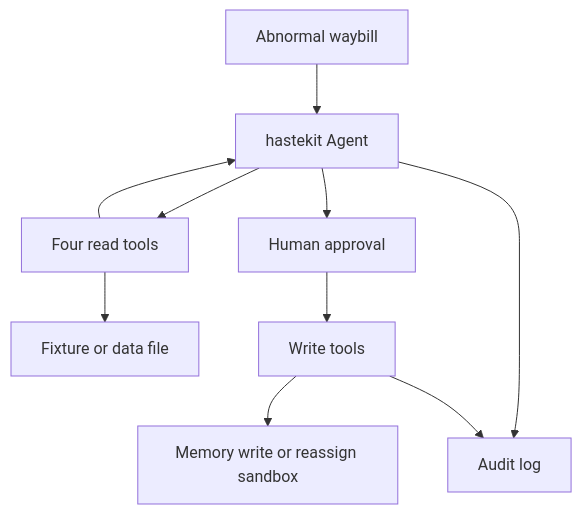
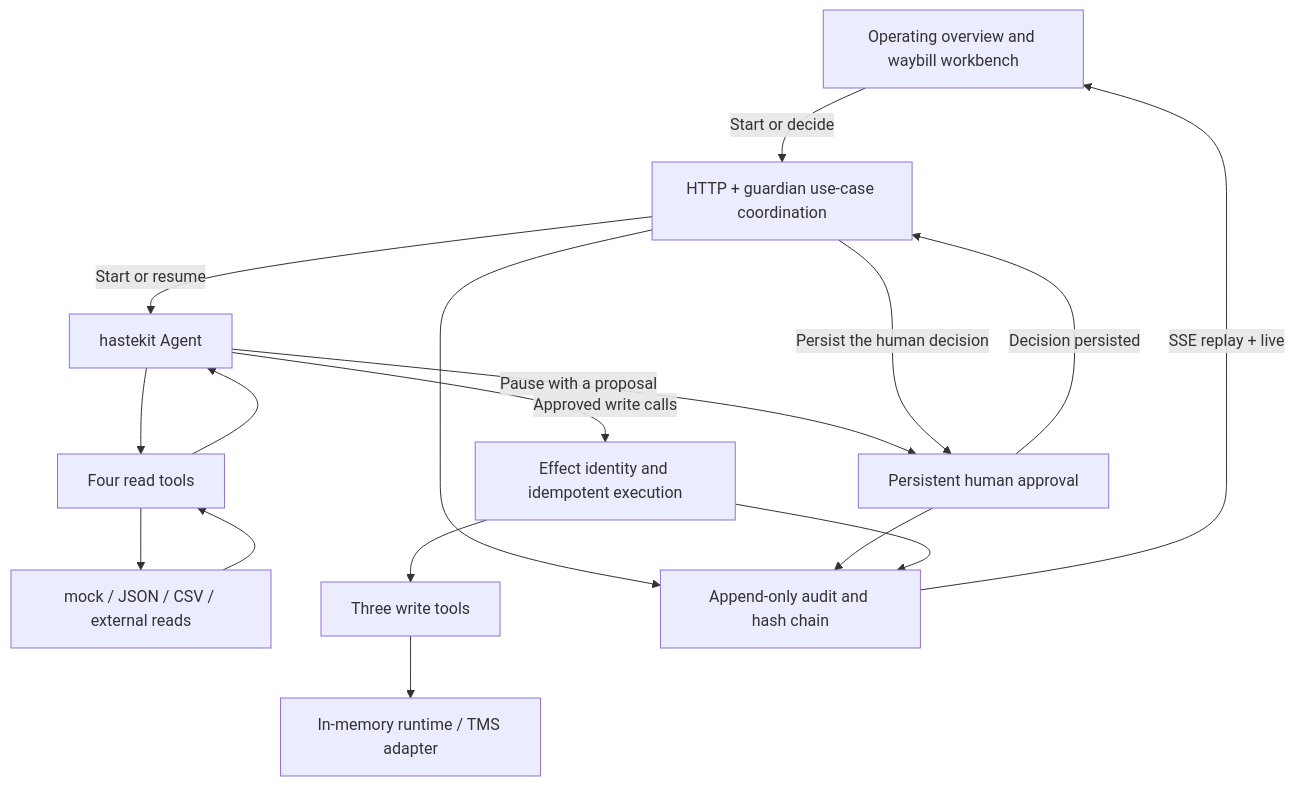
Before and after one commit to Duang777/waybill-guardian: the first of 2 diagrams in README.en.md, drawn with Mermaid. The commit also changed other lines of this file and 3 other files, not shown here.

````diff
--- a/README.en.md
+++ b/README.en.md
@@ -55,21 +64,30 @@
 ```mermaid
 flowchart TD
-  incident["Abnormal waybill"]
+  browser["Operating overview and waybill workbench"]
+  guardian["HTTP + guardian use-case coordination"]
   agent["hastekit Agent"]
   readtools["Four read tools"]
-  datasource["Fixture or data file"]
-  approval["Human approval"]
-  writetools["Write tools"]
-  platformbox["Memory write or reassign sandbox"]
-  auditlog["Audit log"]
+  sources["mock / JSON / CSV / external reads"]
+  approval["Persistent human approval"]
+  effects["Effect identity and idempotent execution"]
+  writetools["Three write tools"]
+  platform["In-memory runtime / TMS adapter"]
+  audit["Append-only audit and hash chain"]
 
-  incident --> agent
+  browser -->|Start or decide| guardian
+  guardian -->|Start or resume| agent
   agent --> readtools
-  readtools --> datasource
+  readtools --> sources
+  sources --> readtools
   readtools --> agent
-  agent --> approval
-  approval --> writetools
-  writetools --> platformbox
-  agent --> auditlog
-  writetools --> auditlog
+  agent -->|Pause with a proposal| approval
+  guardian -->|Persist the human decision| approval
+  approval -->|Decision persisted| guardian
+  agent -->|Approved write calls| effects
+  effects --> writetools
+  writetools --> platform
+  guardian --> audit
+  approval --> audit
+  effects --> audit
+  audit -->|SSE replay + live| browser
 ```
````
